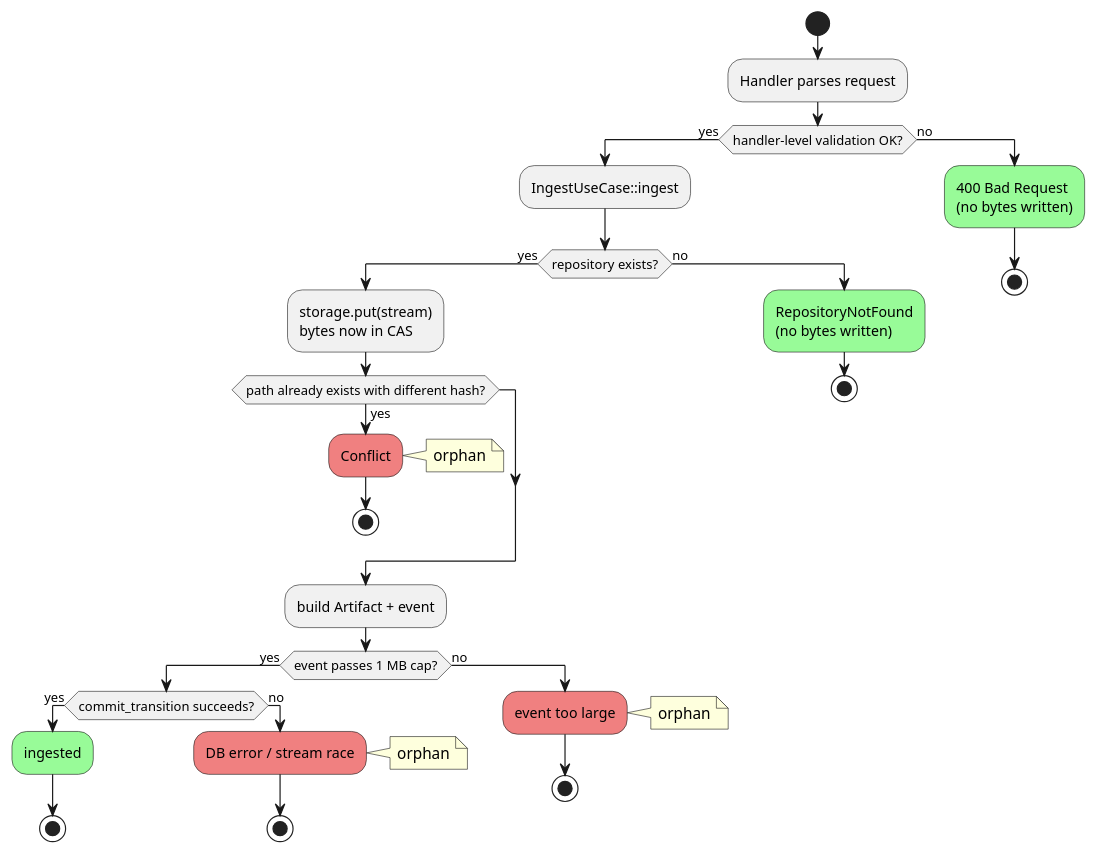
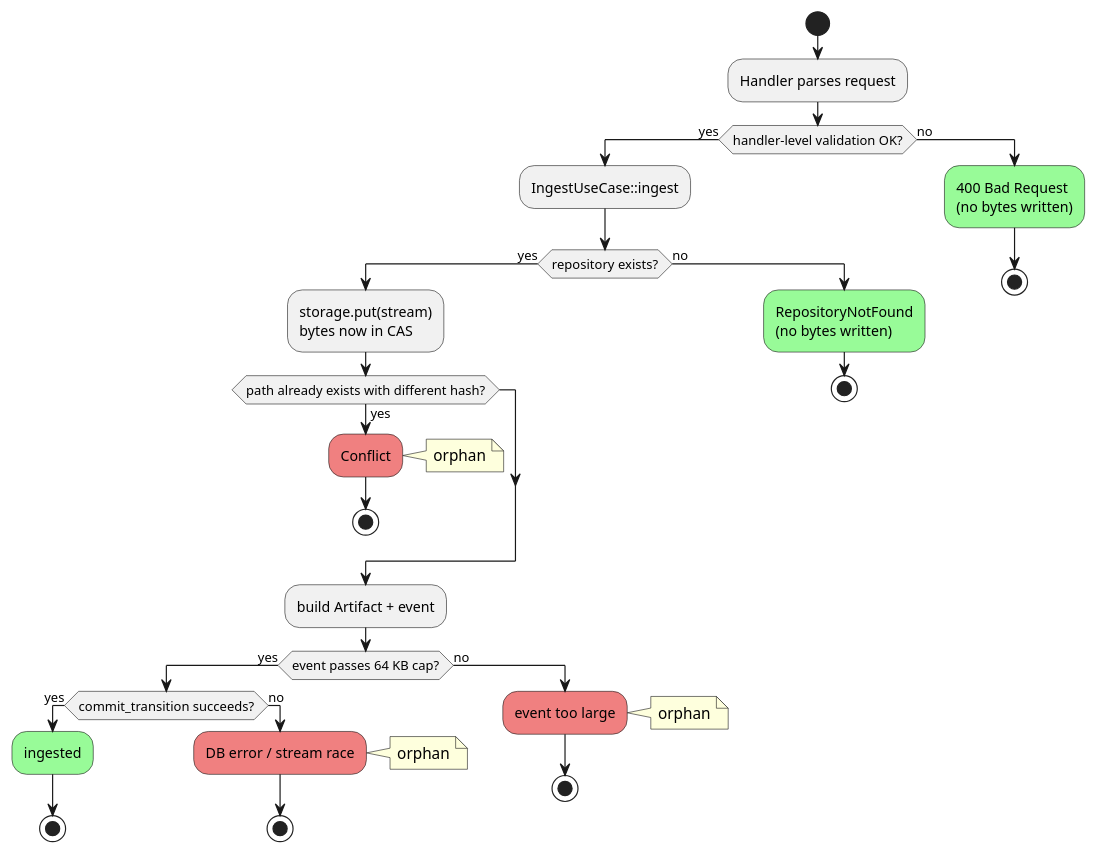
One commit to project-hort/hort changed the second of 2 diagrams in docs/architecture/explanation/cas-storage.md. Above: the diagram before and after it, drawn with PlantUML. The commit also changed other lines of this file and 5 other files, not shown here.

First line of the commit message:
docs(architecture): #69 — fix drift in explanation docs vs as-built

````diff
--- a/docs/architecture/explanation/cas-storage.md
+++ b/docs/architecture/explanation/cas-storage.md
@@ -188,39 +191,39 @@
 ```plantuml
 @startuml
 skinparam shadowing false
 start
 :Handler parses request;
 if (handler-level validation OK?) then (yes)
   :IngestUseCase::ingest;
   if (repository exists?) then (yes)
     :storage.put(stream)\nbytes now in CAS;
     if (path already exists with different hash?) then (yes)
       #LightCoral:Conflict;
       note right: orphan
       stop
     endif
     :build Artifact + event;
-    if (event passes 1 MB cap?) then (yes)
+    if (event passes 64 KB cap?) then (yes)
       if (commit_transition succeeds?) then (yes)
         #PaleGreen:ingested;
         stop
       else (no)
         #LightCoral:DB error / stream race;
         note right: orphan
         stop
       endif
     else (no)
       #LightCoral:event too large;
       note right: orphan
       stop
     endif
   else (no)
     #PaleGreen:RepositoryNotFound\n(no bytes written);
     stop
   endif
 else (no)
   #PaleGreen:400 Bad Request\n(no bytes written);
   stop
 endif
 @enduml
 ```
````
